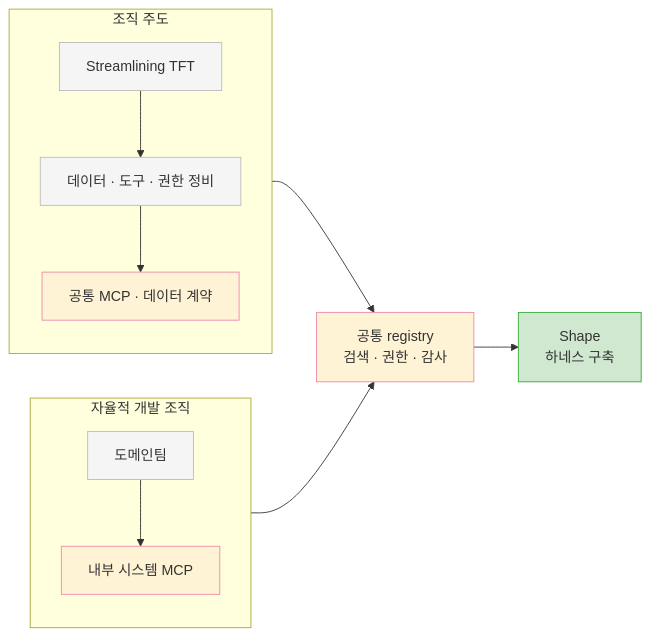
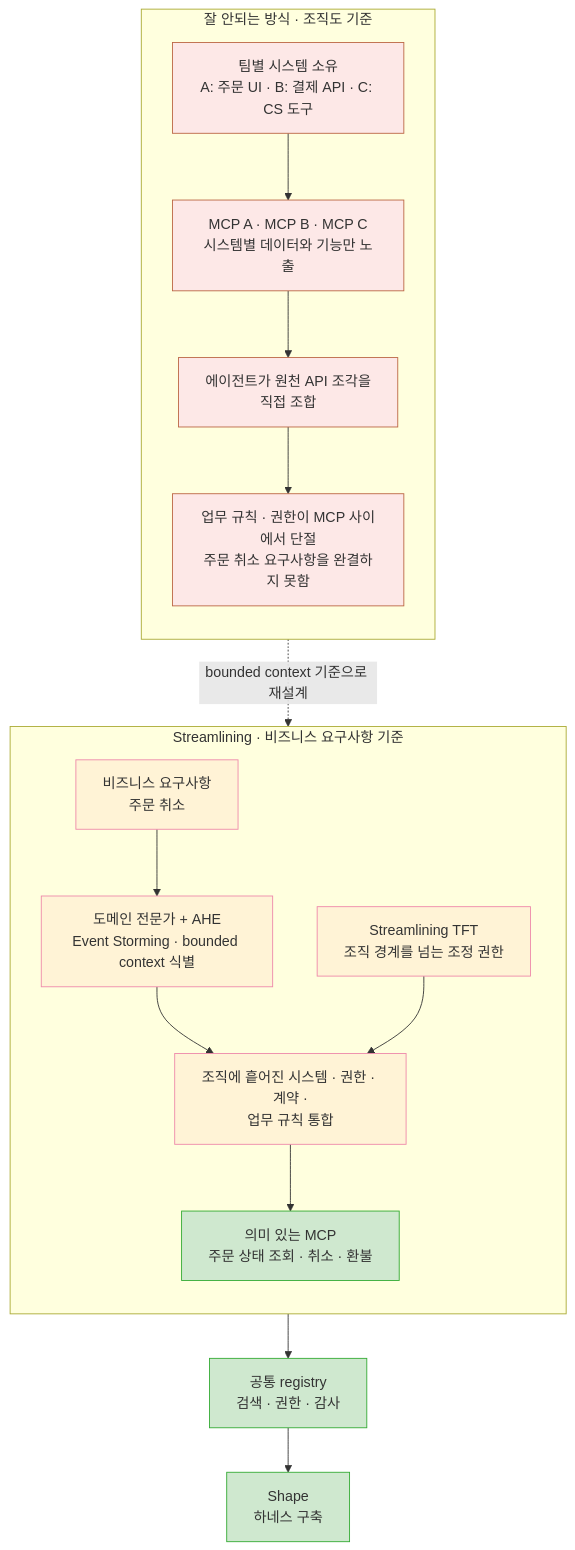
Before and after one commit to haandol/haandol.github.com: the second of 7 diagrams in _posts/2026-06-15-organizational-ai-adoption-3s.md, drawn with Mermaid. The commit also changed other lines of this file, not shown here.

````diff
--- a/_posts/2026-06-15-organizational-ai-adoption-3s.md
+++ b/_posts/2026-06-15-organizational-ai-adoption-3s.md
@@ -111,21 +141,30 @@
 ```mermaid
-flowchart LR
-    subgraph B["자율적 개발 조직"]
+flowchart TB
+    subgraph BAD["잘 안되는 방식 · 조직도 기준"]
         direction TB
-        D["도메인팀"] --> M["내부 시스템 MCP"]
+        O["팀별 시스템 소유<br/>A: 주문 UI · B: 결제 API · C: CS 도구"]
+        O --> P["MCP A · MCP B · MCP C<br/>시스템별 데이터와 기능만 노출"]
+        P --> A["에이전트가 원천 API 조각을<br/>직접 조합"]
+        A --> E["업무 규칙 · 권한이 MCP 사이에서 단절<br/>주문 취소 요구사항을 완결하지 못함"]
     end
-    subgraph T["조직 주도"]
+
+    E -. "bounded context 기준으로 재설계" .-> Q
+
+    subgraph GOOD["Streamlining · 비즈니스 요구사항 기준"]
         direction TB
-        TF["Streamlining TFT"] --> P["데이터 · 도구 · 권한 정비"]
-        P --> C["공통 MCP · 데이터 계약"]
+        Q["비즈니스 요구사항<br/>주문 취소"]
+        Q --> B["도메인 전문가 + AHE<br/>Event Storming · bounded context 식별"]
+        B --> X["조직에 흩어진 시스템 · 권한 · 계약 ·<br/>업무 규칙 통합"]
+        F["Streamlining TFT<br/>조직 경계를 넘는 조정 권한"] --> X
+        X --> M["의미 있는 MCP<br/>주문 상태 조회 · 취소 · 환불"]
     end
+
     M --> R["공통 registry<br/>검색 · 권한 · 감사"]
-    C --> R
     R --> S["Shape<br/>하네스 구축"]
-    classDef route fill:#f5f5f5,stroke:#bbb;
-    classDef asset fill:#fff3d6,stroke:#e8a;
-    classDef next fill:#cfe8cf,stroke:#3a3;
-    class D,TF,P route;
-    class M,C,R asset;
-    class S next;
+    classDef bad fill:#fde8e7,stroke:#b64;
+    classDef process fill:#fff3d6,stroke:#e8a;
+    classDef good fill:#cfe8cf,stroke:#3a3;
+    class O,P,A,E bad;
+    class Q,B,F,X process;
+    class M,R,S good;
 ```
````
